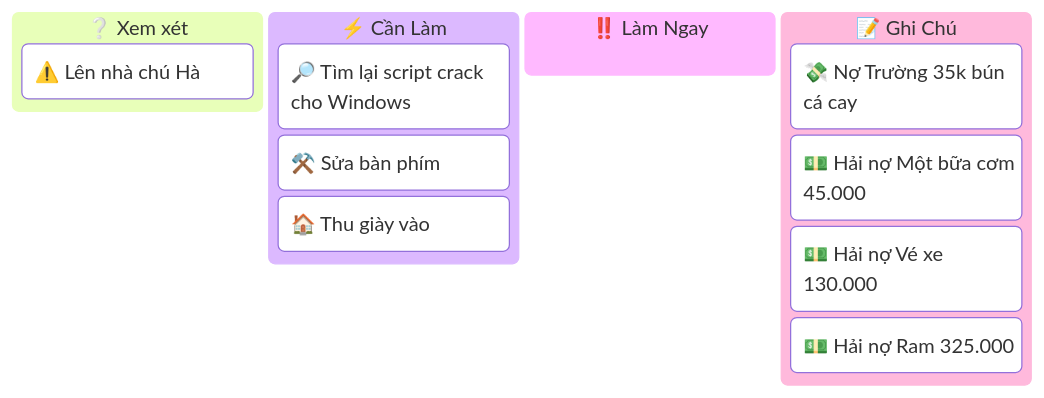
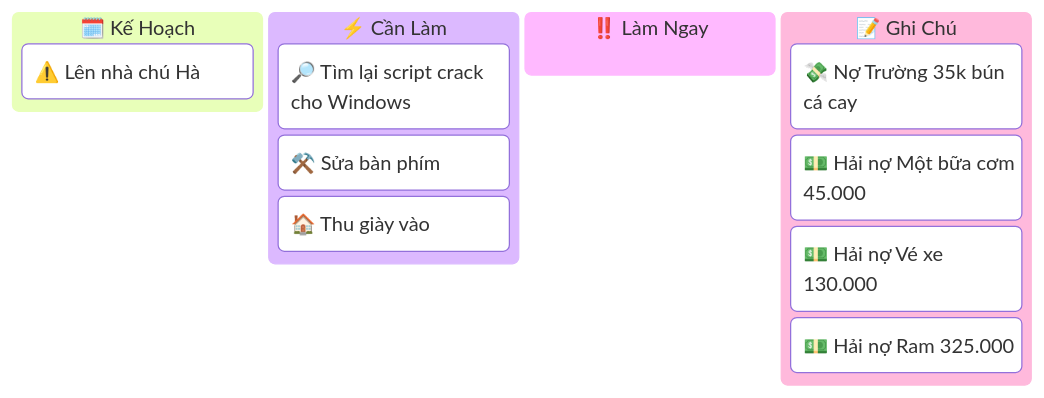
Before and after one commit to dothanhdathp/taddiary: the diagram in docs/index.md, drawn with Mermaid. The commit also changed 3 other files, not shown here.

````diff
--- a/docs/index.md
+++ b/docs/index.md
@@ -3,15 +3,15 @@
 ```mermaid
 kanban
-Maybe[❔ Xem xét]
+Plan[🗓️ Kế Hoạch]
     [⚠️ Lên nhà chú Hà]
 ToDo[⚡ Cần Làm]
     [🔎 Tìm lại script crack cho Windows]
     [⚒️ Sửa bàn phím]
     [🏠 Thu giày vào]
 Must[‼️ Làm Ngay]
 Note[📝 Ghi Chú]
     [💸 Nợ Trường 35k bún cá cay]
     [💵 Hải nợ Một bữa cơm 45.000]
     [💵 Hải nợ Vé xe 130.000]
     [💵 Hải nợ Ram 325.000]
 ```
````
